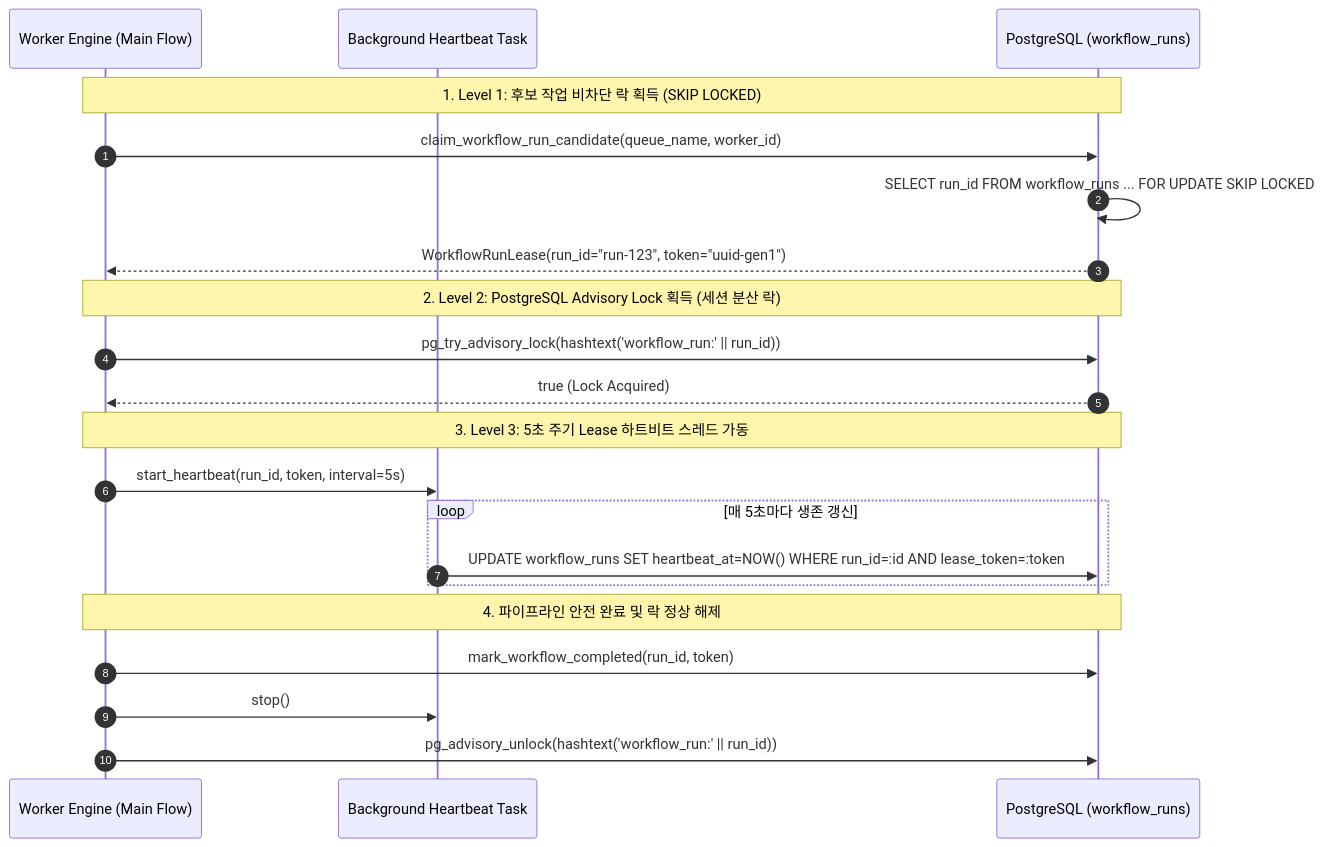
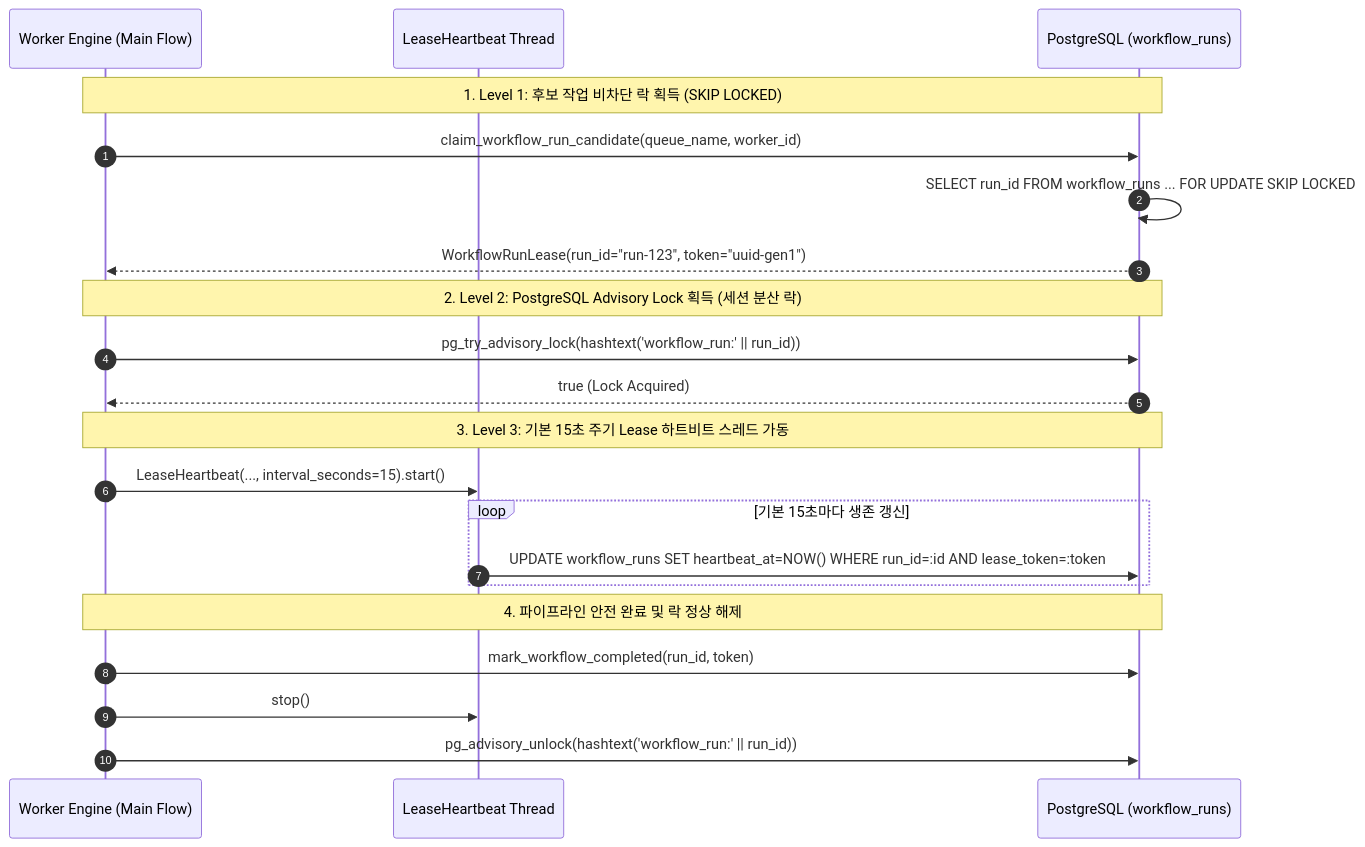
Before and after one commit to bist-mini-final/bist-mini-final: the second of 2 diagrams in docs/final_report/03_system_architecture_and_design/SEC-303_sequence_diagrams.md, drawn with Mermaid. The commit also changed other lines of this file and 138 other files, not shown here.

````diff
--- a/docs/final_report/03_system_architecture_and_design/SEC-303_sequence_diagrams.md
+++ b/docs/final_report/03_system_architecture_and_design/SEC-303_sequence_diagrams.md
@@ -48,27 +39,27 @@
 ```mermaid
 sequenceDiagram
     autonumber
     participant W as Worker Engine (Main Flow)
-    participant HB as Background Heartbeat Task
+    participant HB as LeaseHeartbeat Thread
     participant DB as PostgreSQL (workflow_runs)
 
     Note over W,DB: 1. Level 1: 후보 작업 비차단 락 획득 (SKIP LOCKED)
     W->>DB: claim_workflow_run_candidate(queue_name, worker_id)
     DB->>DB: SELECT run_id FROM workflow_runs ... FOR UPDATE SKIP LOCKED
     DB-->>W: WorkflowRunLease(run_id="run-123", token="uuid-gen1")
 
     Note over W,DB: 2. Level 2: PostgreSQL Advisory Lock 획득 (세션 분산 락)
     W->>DB: pg_try_advisory_lock(hashtext('workflow_run:' || run_id))
     DB-->>W: true (Lock Acquired)
 
-    Note over W,DB: 3. Level 3: 5초 주기 Lease 하트비트 스레드 가동
-    W->>HB: start_heartbeat(run_id, token, interval=5s)
-    loop 매 5초마다 생존 갱신
+    Note over W,DB: 3. Level 3: 기본 15초 주기 Lease 하트비트 스레드 가동
+    W->>HB: LeaseHeartbeat(..., interval_seconds=15).start()
+    loop 기본 15초마다 생존 갱신
         HB->>DB: UPDATE workflow_runs SET heartbeat_at=NOW() WHERE run_id=:id AND lease_token=:token
     end
 
     Note over W,DB: 4. 파이프라인 안전 완료 및 락 정상 해제
     W->>DB: mark_workflow_completed(run_id, token)
     W->>HB: stop()
     W->>DB: pg_advisory_unlock(hashtext('workflow_run:' || run_id))
 ```
````
